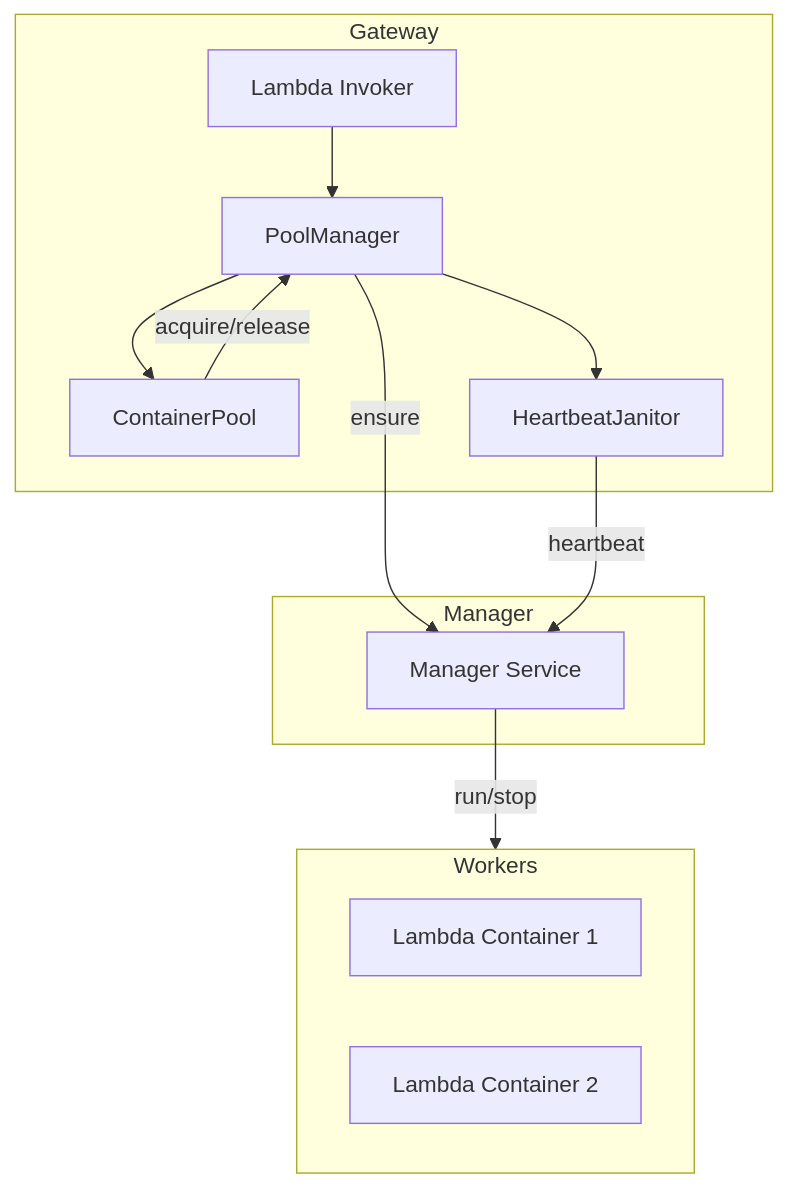
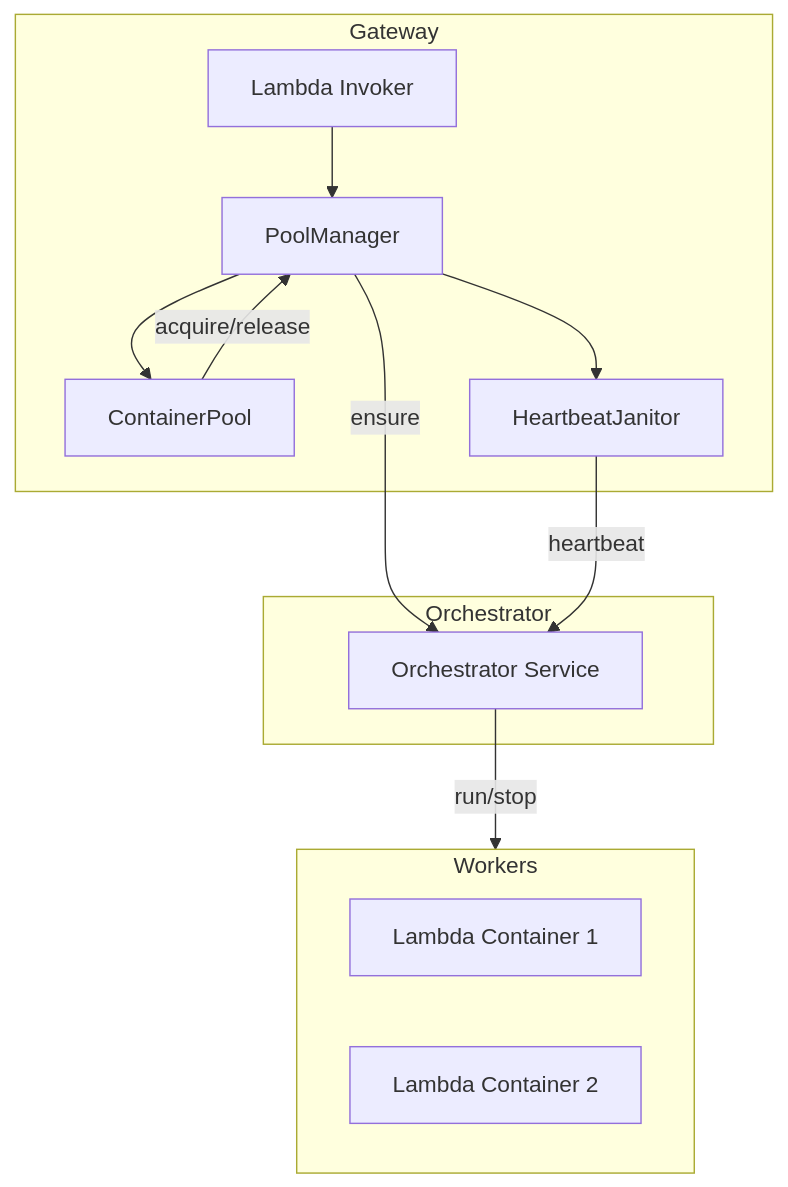
One commit to poruru-code/sample-dind-lambda changed the diagram in docs/autoscaling.md. Above: the diagram before and after it, drawn with Mermaid. The commit also changed other lines of this file and 5 other files, not shown here.

First line of the commit message:
docs: update documentation for esb branding and fix Mermaid syntax

````diff
--- a/docs/autoscaling.md
+++ b/docs/autoscaling.md
@@ -13,22 +13,22 @@
 ```mermaid
-graph TD
-    subgraph Gateway
-        Invoker[Lambda Invoker] --> PM[PoolManager]
-        PM --> CP[ContainerPool]
-        PM --> Janitor[HeartbeatJanitor]
+flowchart TD
+    subgraph Gateway ["Gateway"]
+        Invoker["Lambda Invoker"] --> PM["PoolManager"]
+        PM --> CP["ContainerPool"]
+        PM --> Janitor["HeartbeatJanitor"]
     end
 
-    subgraph Manager
-        Service[Manager Service]
+    subgraph Orchestrator ["Orchestrator"]
+        Service["Orchestrator Service"]
     end
 
-    subgraph Workers
-        C1[Lambda Container 1]
-        C2[Lambda Container 2]
+    subgraph Workers ["Workers"]
+        C1["Lambda Container 1"]
+        C2["Lambda Container 2"]
     end
 
     CP -->|acquire/release| PM
     PM -->|ensure| Service
     Service -->|run/stop| Workers
     Janitor -->|heartbeat| Service
 ```
````
